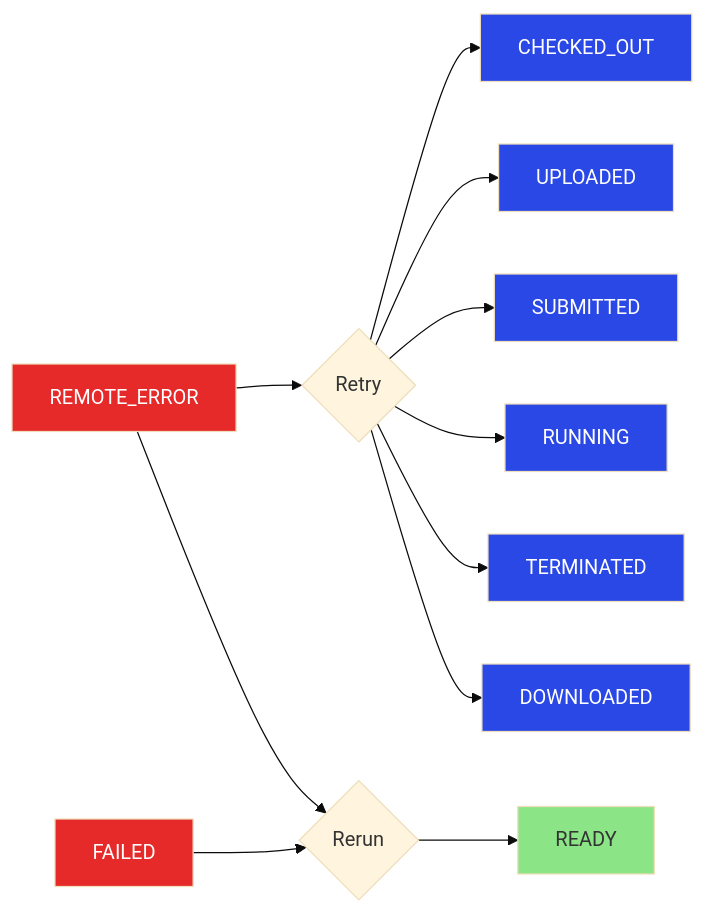
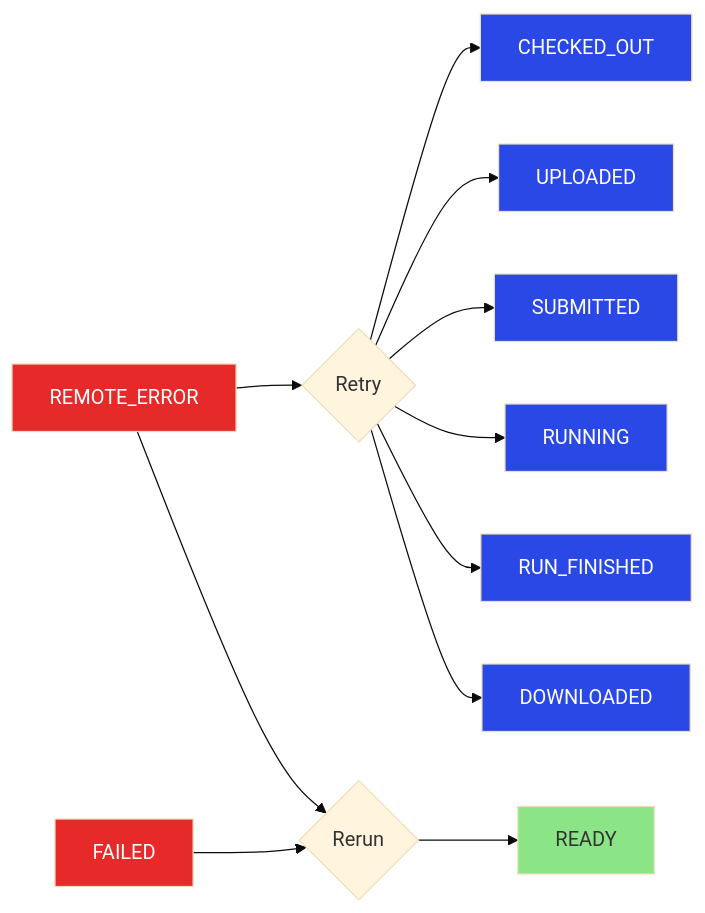
One commit to Matgenix/jobflow-remote changed the diagram in doc/source/user/errors.rst. Above: the diagram before and after it, drawn with Mermaid (base theme). The commit also changed 14 other files, not shown here.

Commit message:
Changed TERMINATED state to RUN_FINISHED. Also modified all the relevant methods to follow the same naming convention. Also changed the batch directory for finished job runs to "run_finished" instead of "terminated". Updated documentation.

```diff
--- a/doc/source/user/errors.rst
+++ b/doc/source/user/errors.rst
@@ -295,27 +295,27 @@
 .. mermaid::
 
     flowchart LR
 
     REMOTE_ERROR --> retry{Retry}
     retry --> CHECKED_OUT
     retry --> UPLOADED
     retry --> SUBMITTED
     retry --> RUNNING
-    retry --> TERMINATED
+    retry --> RUN_FINISHED
     retry --> DOWNLOADED
     REMOTE_ERROR --> rerun{Rerun}
     FAILED --> rerun{Rerun}
     rerun --> READY
 
 
     classDef error fill:#E62A2A,color:white
     classDef running fill:#2a48e6,color:white
     classDef success fill:#289e21,color:white
     classDef ready fill:#8be485
     classDef wait fill:#eae433
 
     class REMOTE_ERROR,FAILED error
-    class CHECKED_OUT,UPLOADED,SUBMITTED,RUNNING,TERMINATED,DOWNLOADED running
+    class CHECKED_OUT,UPLOADED,SUBMITTED,RUNNING,RUN_FINISHED,DOWNLOADED running
     class COMPLETED success
     class READY ready
     class WAITING wait
```
